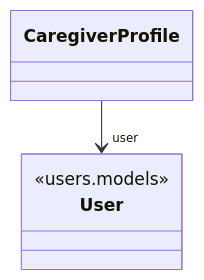
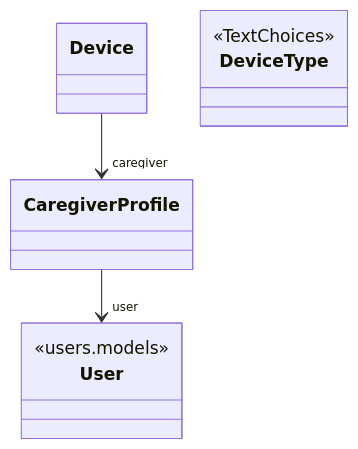
Before and after one commit to opalmedapps/opal-admin: the diagram in docs/apps/caregivers.md, drawn with Mermaid. The commit also changed 7 other files, not shown here.

````diff
--- a/docs/apps/caregivers.md
+++ b/docs/apps/caregivers.md
@@ -7,12 +7,21 @@
 ```mermaid
 classDiagram
     class User {
         <<users.models>>
     }
 
     class CaregiverProfile {
 
     }
 
+    class Device {
+
+    }
+
+    class DeviceType {
+        <<TextChoices>>
+    }
+
     CaregiverProfile --> "user" User
+    Device --> "caregiver" CaregiverProfile
 ```
````
